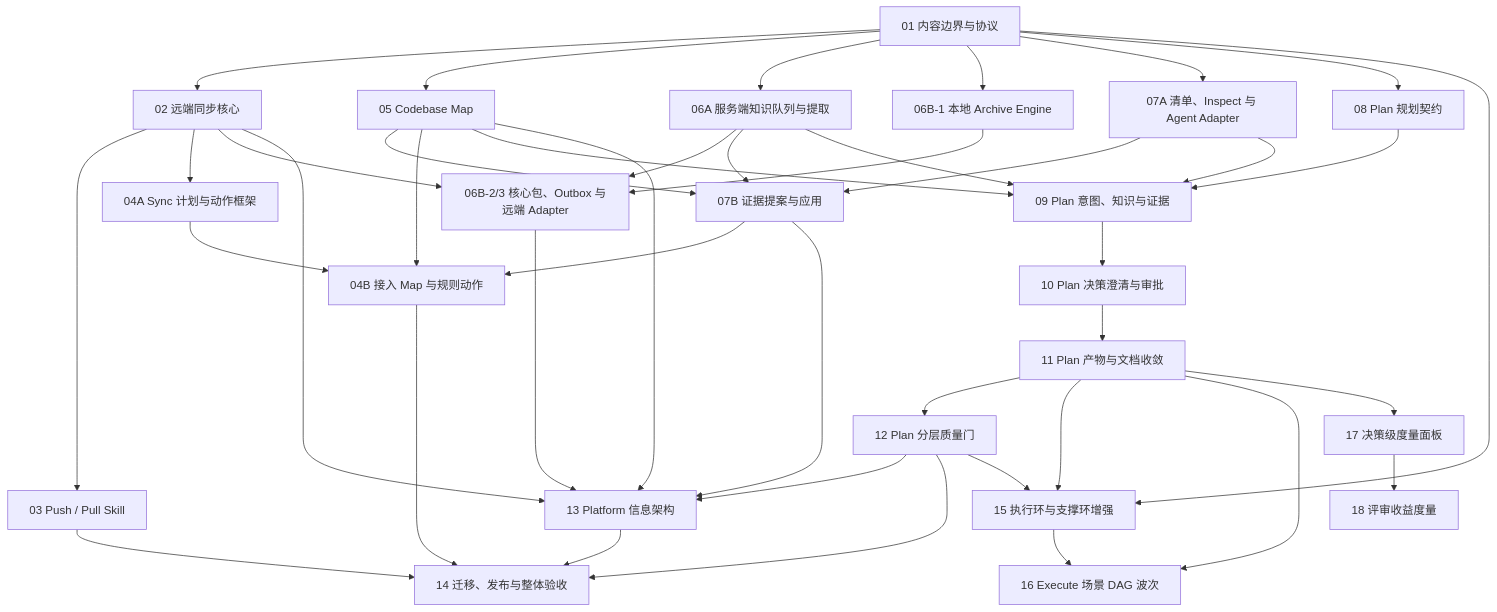
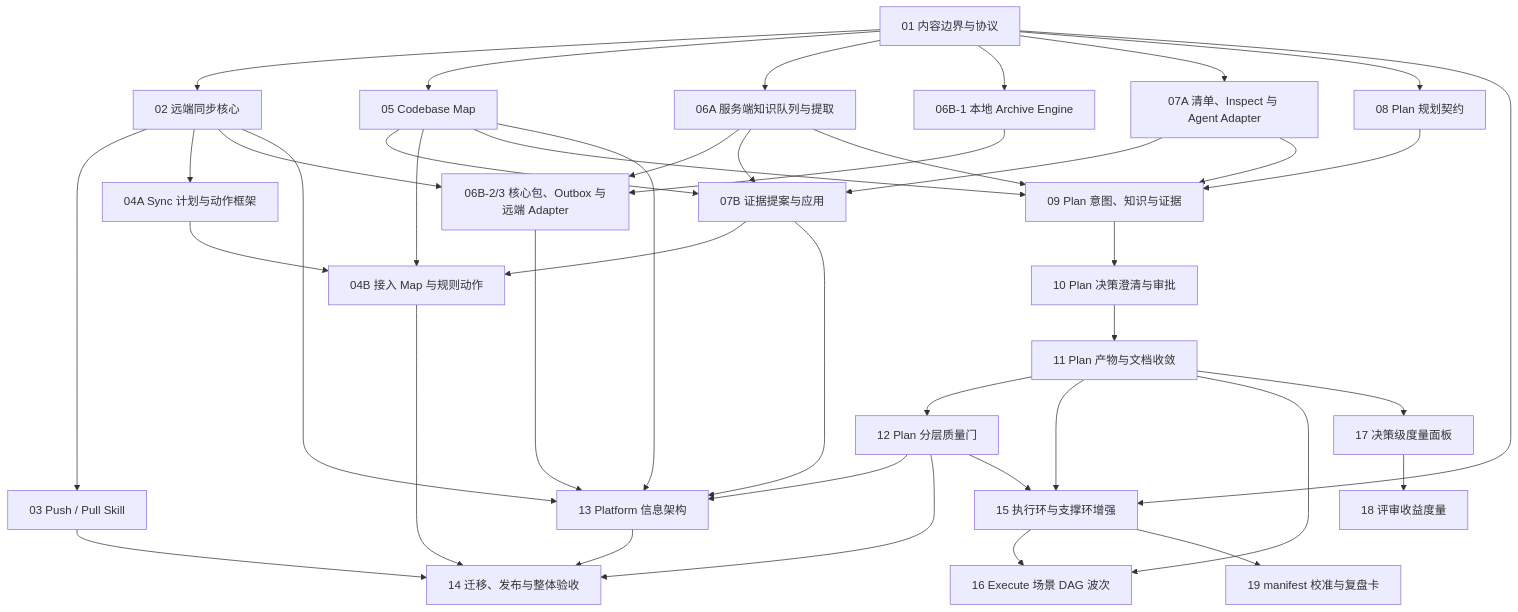
Before and after one commit to hunterzheng1/Hunter-Harness: the diagram in docs/roadmap/README.md, drawn with Mermaid. The commit also changed other lines of this file and 2 other files, not shown here.

Commit message:
docs(roadmap): 补阶段 19 立项文档并修正阶段 15 陈旧登记行

````diff
--- a/docs/roadmap/README.md
+++ b/docs/roadmap/README.md
@@ -19,47 +19,49 @@
 ```mermaid
 flowchart TD
     S01["01 内容边界与协议"] --> S02["02 远端同步核心"]
     S01 --> S05["05 Codebase Map"]
     S01 --> S06A["06A 服务端知识队列与提取"]
     S01 --> S06B1["06B-1 本地 Archive Engine"]
     S01 --> S07A["07A 清单、Inspect 与 Agent Adapter"]
     S01 --> S08["08 Plan 规划契约"]
     S02 --> S03["03 Push / Pull Skill"]
     S02 --> S04A["04A Sync 计划与动作框架"]
     S02 --> S06B23["06B-2/3 核心包、Outbox 与远端 Adapter"]
     S06A --> S06B23
     S06B1 --> S06B23
     S05 --> S07B["07B 证据提案与应用"]
     S06A --> S07B
     S07A --> S07B
     S04A --> S04B["04B 接入 Map 与规则动作"]
     S05 --> S04B
     S07B --> S04B
     S05 --> S09["09 Plan 意图、知识与证据"]
     S06A --> S09
     S07A --> S09
     S08 --> S09
     S09 --> S10["10 Plan 决策澄清与审批"]
     S10 --> S11["11 Plan 产物与文档收敛"]
     S11 --> S12["12 Plan 分层质量门"]
     S02 --> S13["13 Platform 信息架构"]
     S05 --> S13
     S06B23 --> S13
     S07B --> S13
     S12 --> S13
     S03 --> S14["14 迁移、发布与整体验收"]
     S04B --> S14
     S12 --> S14
     S13 --> S14
     S01 --> S15["15 执行环与支撑环增强"]
     S11 --> S15
     S12 --> S15
     S11 --> S16
     S15 --> S16
     S11 --> S17
     S17 --> S18
+    S15 --> S19
 
     S16["16 Execute 场景 DAG 波次"]
     S17["17 决策级度量面板"]
     S18["18 评审收益度量"]
+    S19["19 manifest 校准与复盘卡"]
 ```
````
